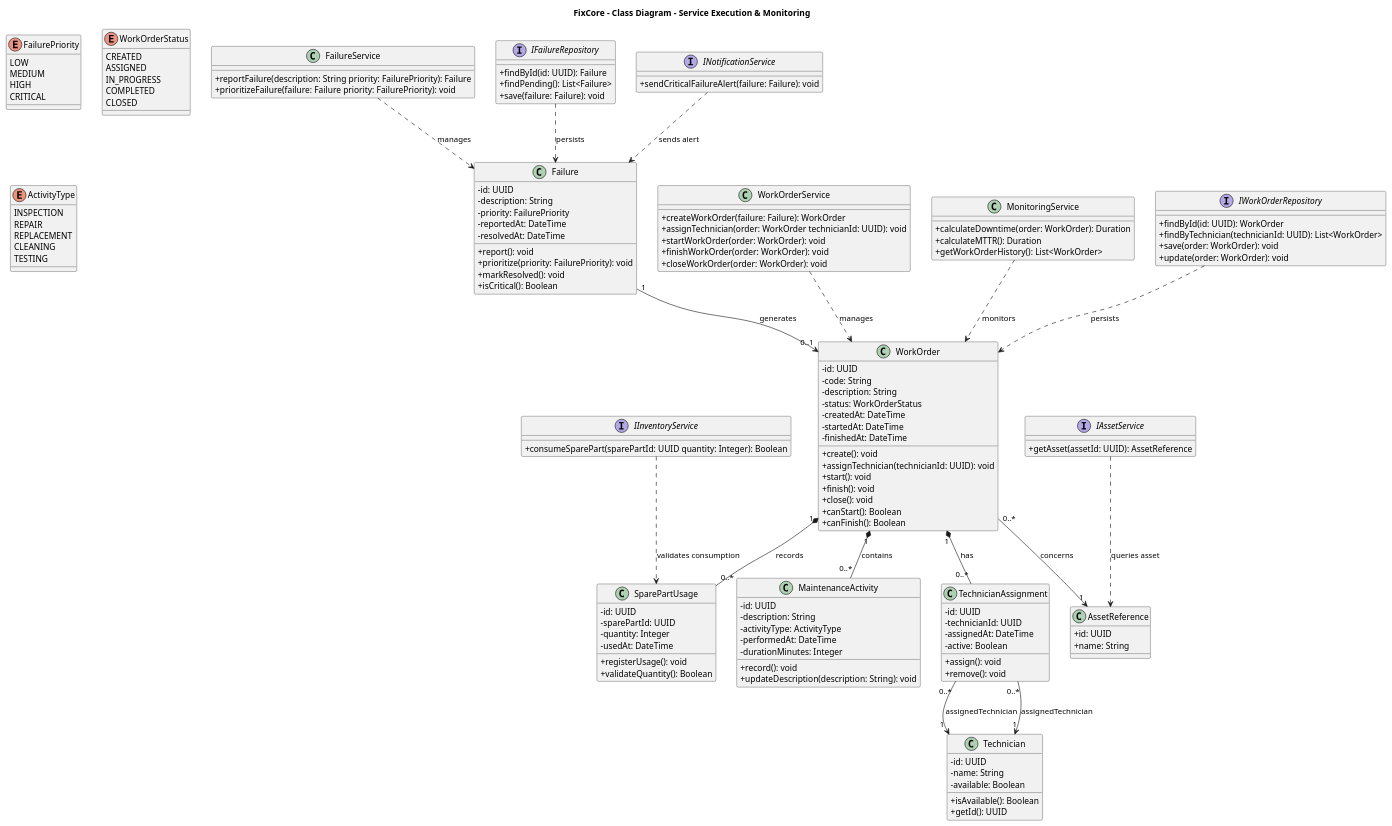
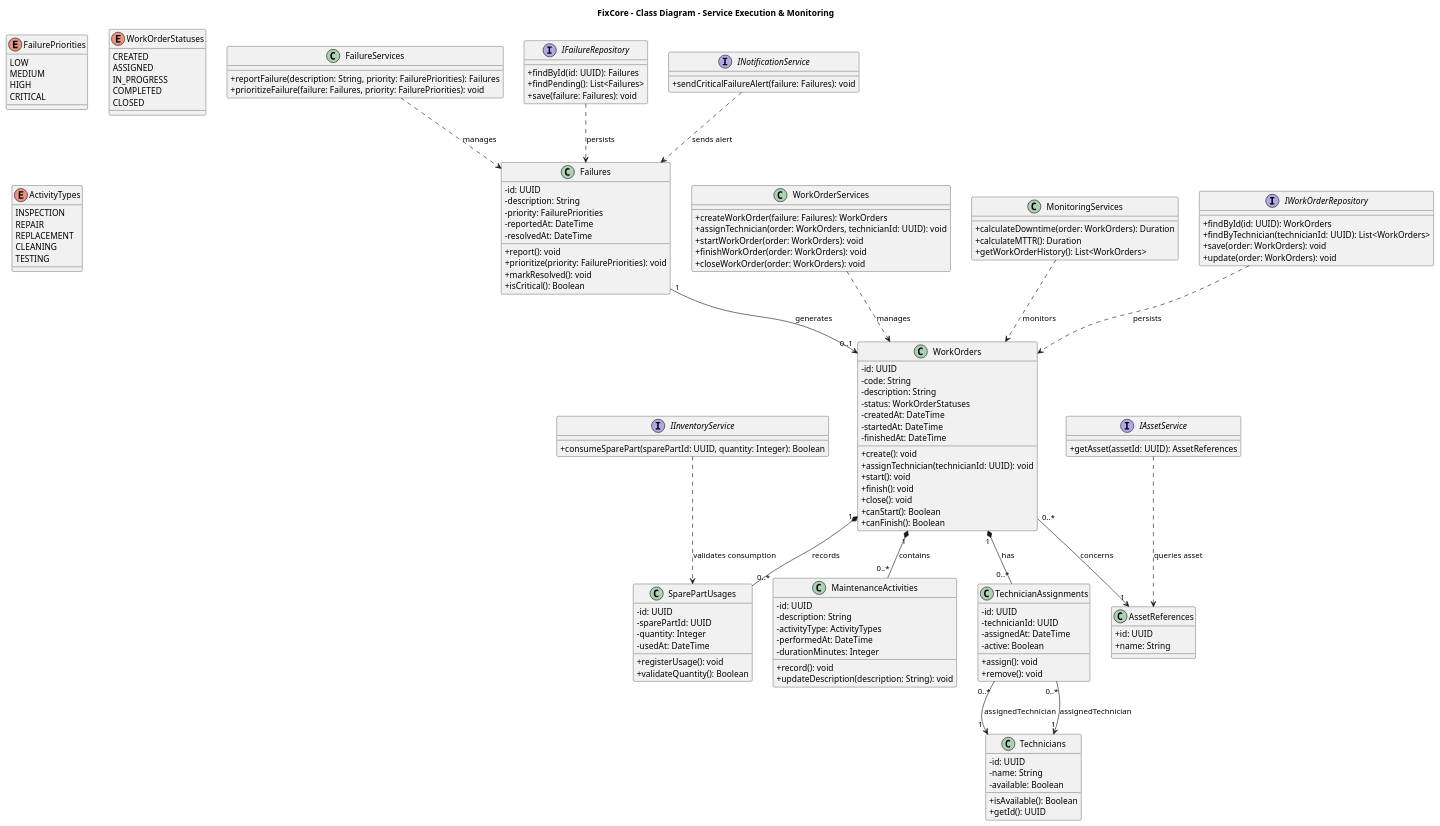
Before and after one commit to TechMakers-upc/Report: the diagram in report/assets/diagrams/class-diagrams/class-diagram-BC4.puml, drawn with PlantUML. The commit also changed 30 other files, not shown here.

Commit message:
fix(report): fix conventions in class, database, and c4 diagrams

```diff
--- a/report/assets/diagrams/class-diagrams/class-diagram-BC4.puml
+++ b/report/assets/diagrams/class-diagrams/class-diagram-BC4.puml
@@ -1,178 +1,178 @@
 @startuml
 title FixCore - Class Diagram - Service Execution & Monitoring
 
 skinparam classAttributeIconSize 0
 
 ' prioridades estados y tipos de tareas
-enum FailurePriority {
+enum FailurePriorities {
     LOW
     MEDIUM
     HIGH
     CRITICAL
 }
 
-enum WorkOrderStatus {
+enum WorkOrderStatuses {
     CREATED
     ASSIGNED
     IN_PROGRESS
     COMPLETED
     CLOSED
 }
 
-enum ActivityType {
+enum ActivityTypes {
     INSPECTION
     REPAIR
     REPLACEMENT
     CLEANING
     TESTING
 }
 
 ' clases del flujo de fallas y ordenes
-class Failure {
+class Failures {
     - id: UUID
     - description: String
-    - priority: FailurePriority
+    - priority: FailurePriorities
     - reportedAt: DateTime
     - resolvedAt: DateTime
 
     + report(): void
-    + prioritize(priority: FailurePriority): void
+    + prioritize(priority: FailurePriorities): void
     + markResolved(): void
     + isCritical(): Boolean
 }
 
-class WorkOrder {
+class WorkOrders {
     - id: UUID
     - code: String
     - description: String
-    - status: WorkOrderStatus
+    - status: WorkOrderStatuses
     - createdAt: DateTime
     - startedAt: DateTime
     - finishedAt: DateTime
 
     + create(): void
     + assignTechnician(technicianId: UUID): void
     + start(): void
     + finish(): void
     + close(): void
     + canStart(): Boolean
     + canFinish(): Boolean
 }
 
-class MaintenanceActivity {
+class MaintenanceActivities {
     - id: UUID
     - description: String
-    - activityType: ActivityType
+    - activityType: ActivityTypes
     - performedAt: DateTime
     - durationMinutes: Integer
 
     + record(): void
     + updateDescription(description: String): void
 }
 
-class SparePartUsage {
+class SparePartUsages {
     - id: UUID
     - sparePartId: UUID
     - quantity: Integer
     - usedAt: DateTime
 
     + registerUsage(): void
     + validateQuantity(): Boolean
 }
 
-class TechnicianAssignment {
+class TechnicianAssignments {
     - id: UUID
     - technicianId: UUID
     - assignedAt: DateTime
     - active: Boolean
 
     + assign(): void
     + remove(): void
 }
 
 ' logica de negocio y servicios
-class FailureService {
-    + reportFailure(description: String priority: FailurePriority): Failure
-    + prioritizeFailure(failure: Failure priority: FailurePriority): void
+class FailureServices {
+    + reportFailure(description: String, priority: FailurePriorities): Failures
+    + prioritizeFailure(failure: Failures, priority: FailurePriorities): void
 }
 
-class WorkOrderService {
-    + createWorkOrder(failure: Failure): WorkOrder
-    + assignTechnician(order: WorkOrder technicianId: UUID): void
-    + startWorkOrder(order: WorkOrder): void
-    + finishWorkOrder(order: WorkOrder): void
-    + closeWorkOrder(order: WorkOrder): void
+class WorkOrderServices {
+    + createWorkOrder(failure: Failures): WorkOrders
+    + assignTechnician(order: WorkOrders, technicianId: UUID): void
+    + startWorkOrder(order: WorkOrders): void
+    + finishWorkOrder(order: WorkOrders): void
+    + closeWorkOrder(order: WorkOrders): void
 }
 
-class MonitoringService {
-    + calculateDowntime(order: WorkOrder): Duration
+class MonitoringServices {
+    + calculateDowntime(order: WorkOrders): Duration
     + calculateMTTR(): Duration
-    + getWorkOrderHistory(): List<WorkOrder>
+    + getWorkOrderHistory(): List<WorkOrders>
 }
 
 ' persistencia e integraciones externas
 interface IWorkOrderRepository {
-    + findById(id: UUID): WorkOrder
-    + findByTechnician(technicianId: UUID): List<WorkOrder>
-    + save(order: WorkOrder): void
-    + update(order: WorkOrder): void
+    + findById(id: UUID): WorkOrders
+    + findByTechnician(technicianId: UUID): List<WorkOrders>
+    + save(order: WorkOrders): void
+    + update(order: WorkOrders): void
 }
 
 interface IFailureRepository {
-    + findById(id: UUID): Failure
-    + findPending(): List<Failure>
-    + save(failure: Failure): void
+    + findById(id: UUID): Failures
+    + findPending(): List<Failures>
+    + save(failure: Failures): void
 }
 
 interface IInventoryService {
-    + consumeSparePart(sparePartId: UUID quantity: Integer): Boolean
+    + consumeSparePart(sparePartId: UUID, quantity: Integer): Boolean
 }
 
 interface IAssetService {
-    + getAsset(assetId: UUID): AssetReference
+    + getAsset(assetId: UUID): AssetReferences
 }
 
 interface INotificationService {
-    + sendCriticalFailureAlert(failure: Failure): void
+    + sendCriticalFailureAlert(failure: Failures): void
 }
 
-class AssetReference {
+class AssetReferences {
     + id: UUID
     + name: String
 }
 
-class Technician {
+class Technicians {
     - id: UUID
     - name: String
     - available: Boolean
 
     + isAvailable(): Boolean
     + getId(): UUID
 }
 
 ' estructura y relaciones entre clases
-Failure "1" --> "0..1" WorkOrder : generates
+Failures "1" --> "0..1" WorkOrders : generates
 
-WorkOrder "1" *-- "0..*" MaintenanceActivity : contains
+WorkOrders "1" *-- "0..*" MaintenanceActivities : contains
 
-WorkOrder "1" *-- "0..*" SparePartUsage : records
+WorkOrders "1" *-- "0..*" SparePartUsages : records
 
-WorkOrder "1" *-- "0..*" TechnicianAssignment : has
+WorkOrders "1" *-- "0..*" TechnicianAssignments : has
 
-TechnicianAssignment "0..*" --> "1" Technician : assignedTechnician
+TechnicianAssignments "0..*" --> "1" Technicians : assignedTechnician
 
-WorkOrder "0..*" --> "1" AssetReference : concerns
+WorkOrders "0..*" --> "1" AssetReferences : concerns
 
 ' dependencias operativas
-FailureService ..> Failure : manages
-WorkOrderService ..> WorkOrder : manages
-MonitoringService ..> WorkOrder : monitors
+FailureServices ..> Failures : manages
+WorkOrderServices ..> WorkOrders : manages
+MonitoringServices ..> WorkOrders : monitors
 
-IFailureRepository ..> Failure : persists
-IWorkOrderRepository ..> WorkOrder : persists
-Technician "1" <-- "0..*" TechnicianAssignment : assignedTechnician
-IInventoryService ..> SparePartUsage : validates consumption
-IAssetService ..> AssetReference : queries asset
+IFailureRepository ..> Failures : persists
+IWorkOrderRepository ..> WorkOrders : persists
+Technicians "1" <-- "0..*" TechnicianAssignments : assignedTechnician
+IInventoryService ..> SparePartUsages : validates consumption
+IAssetService ..> AssetReferences : queries asset
 
-INotificationService ..> Failure : sends alert
+INotificationService ..> Failures : sends alert
 @enduml
```
